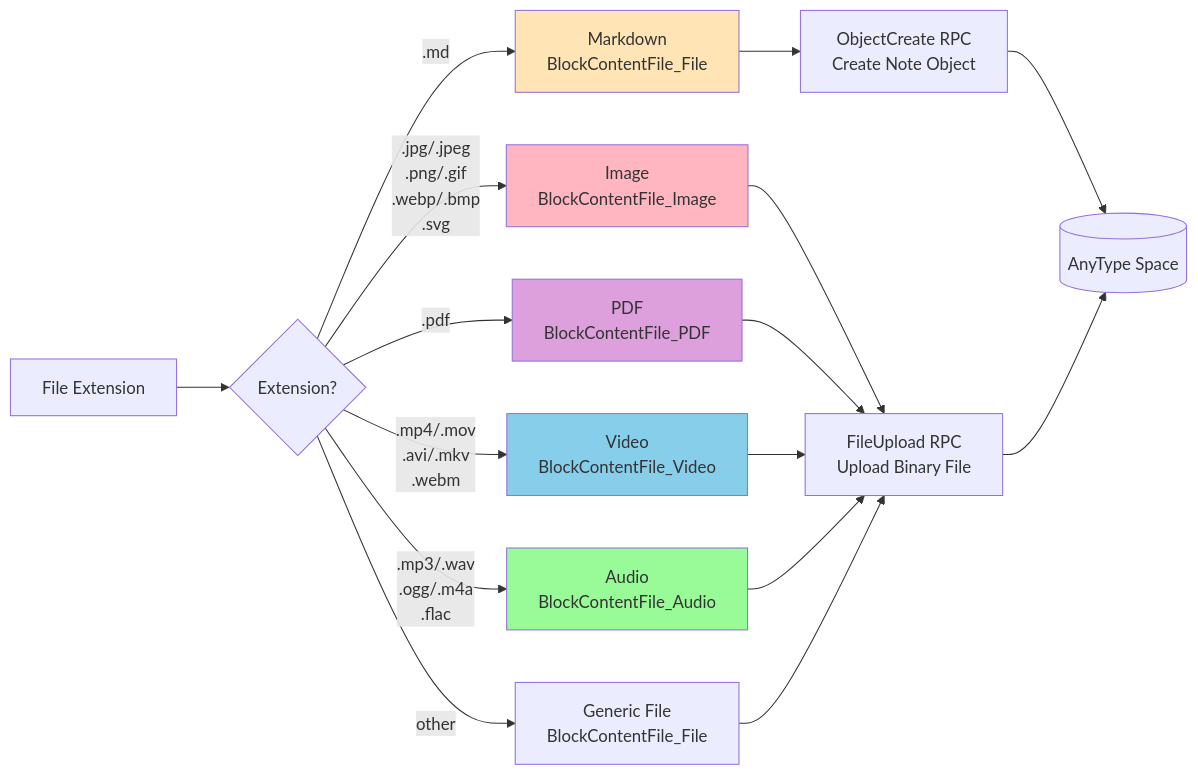
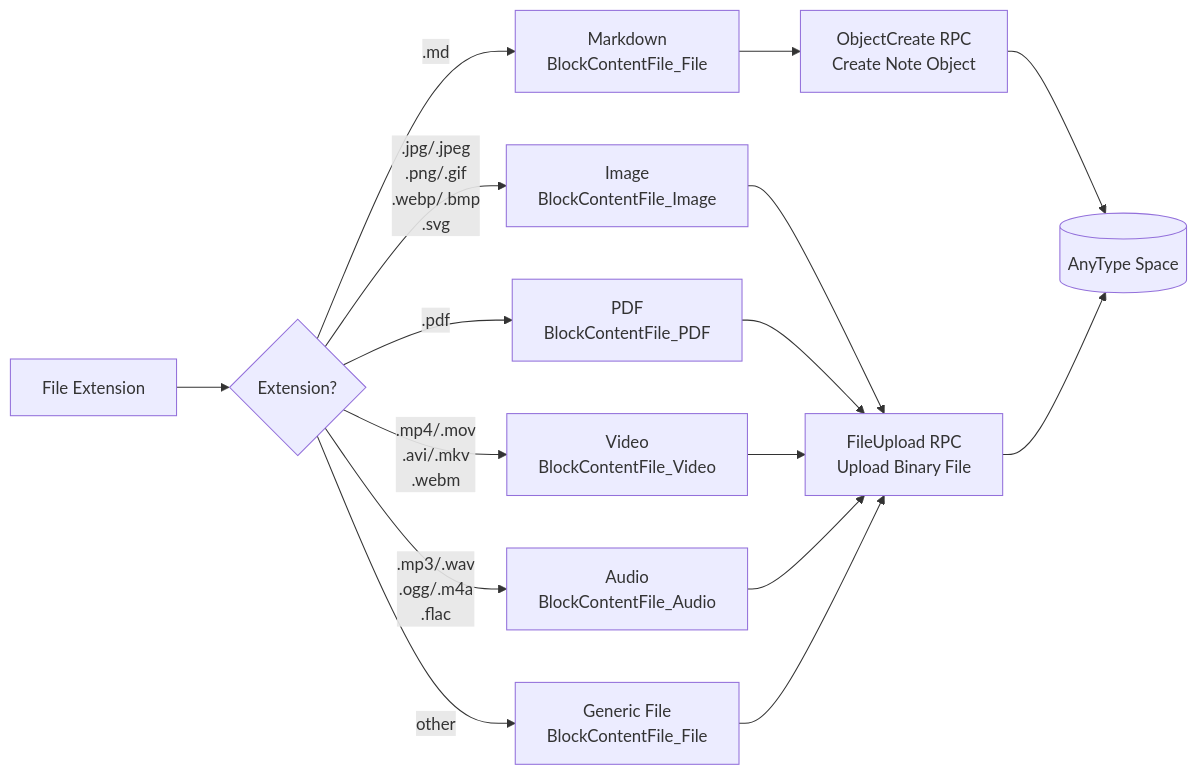
Before and after one commit to robouden/openclaw-workspace: the fourth of 6 diagrams in code/anytype-workspace-sync/FILE_SYNC_FLOW.md, drawn with Mermaid. The commit also changed other lines of this file, not shown here.

Commit message:
chore: Remove explicit styling from Mermaid diagrams in `FILE_SYNC_FLOW.md`.

````diff
--- a/code/anytype-workspace-sync/FILE_SYNC_FLOW.md
+++ b/code/anytype-workspace-sync/FILE_SYNC_FLOW.md
@@ -145,27 +137,24 @@
 ```mermaid
 flowchart LR
     File[File Extension] --> Check{Extension?}
 
     Check -->|.md| Markdown[Markdown<br/>BlockContentFile_File]
     Check -->|.jpg/.jpeg<br/>.png/.gif<br/>.webp/.bmp<br/>.svg| Image[Image<br/>BlockContentFile_Image]
     Check -->|.pdf| PDF[PDF<br/>BlockContentFile_PDF]
     Check -->|.mp4/.mov<br/>.avi/.mkv<br/>.webm| Video[Video<br/>BlockContentFile_Video]
     Check -->|.mp3/.wav<br/>.ogg/.m4a<br/>.flac| Audio[Audio<br/>BlockContentFile_Audio]
     Check -->|other| Generic[Generic File<br/>BlockContentFile_File]
 
     Markdown --> MarkdownRPC[ObjectCreate RPC<br/>Create Note Object]
     Image --> FileRPC[FileUpload RPC<br/>Upload Binary File]
     PDF --> FileRPC
     Video --> FileRPC
     Audio --> FileRPC
     Generic --> FileRPC
 
     MarkdownRPC --> AnyType[(AnyType Space)]
     FileRPC --> AnyType
 
-    style Image fill:#FFB6C1
-    style PDF fill:#DDA0DD
-    style Video fill:#87CEEB
-    style Audio fill:#98FB98
-    style Markdown fill:#FFE4B5
+  
+
 ```
````
